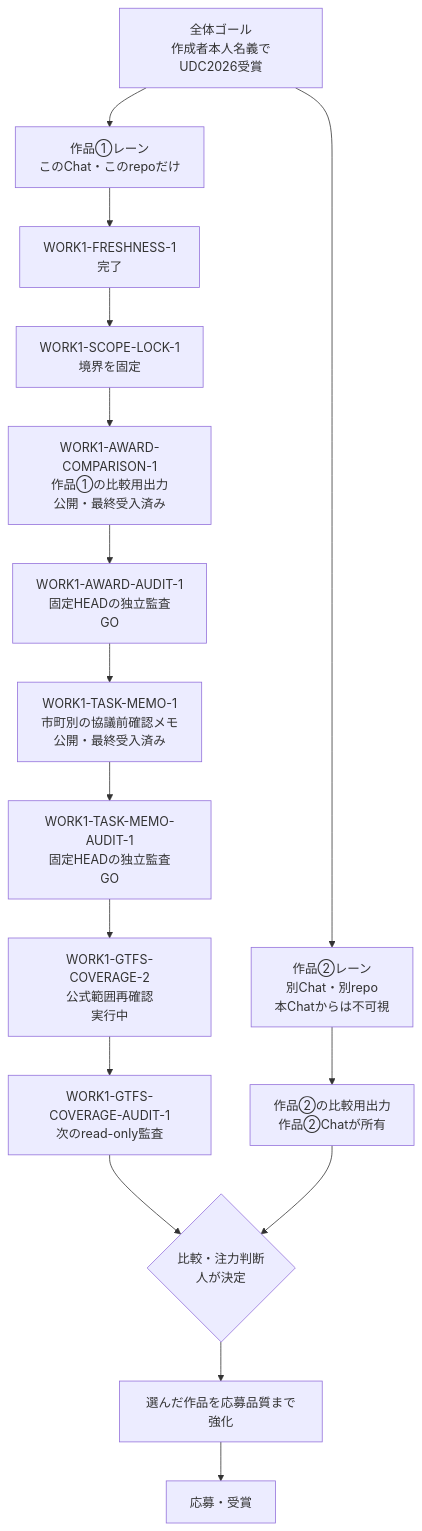
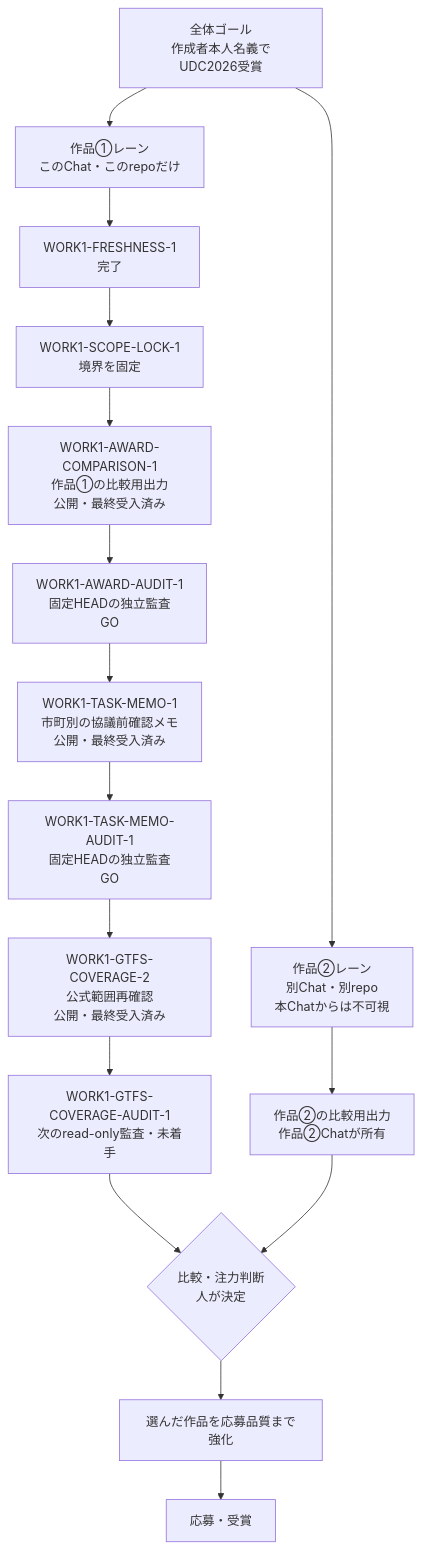
Before and after one commit to yyy-yuichi/yamaguchi-yusho-data: the diagram in WORK_SCOPE.md, drawn with Mermaid. The commit also changed 5 other files, not shown here.

Commit message:
Record GTFS coverage public acceptance

````diff
--- a/WORK_SCOPE.md
+++ b/WORK_SCOPE.md
@@ -20,24 +20,24 @@
 ```mermaid
 flowchart TD
     G["全体ゴール<br/>作成者本人名義でUDC2026受賞"]
     W1["作品①レーン<br/>このChat・このrepoだけ"]
     W2["作品②レーン<br/>別Chat・別repo<br/>本Chatからは不可視"]
     F["WORK1-FRESHNESS-1<br/>完了"]
     L["WORK1-SCOPE-LOCK-1<br/>境界を固定"]
     C1["WORK1-AWARD-COMPARISON-1<br/>作品①の比較用出力<br/>公開・最終受入済み"]
     A1["WORK1-AWARD-AUDIT-1<br/>固定HEADの独立監査<br/>GO"]
     M1["WORK1-TASK-MEMO-1<br/>市町別の協議前確認メモ<br/>公開・最終受入済み"]
     A2["WORK1-TASK-MEMO-AUDIT-1<br/>固定HEADの独立監査<br/>GO"]
-    V1["WORK1-GTFS-COVERAGE-2<br/>公式範囲再確認<br/>実行中"]
-    V2["WORK1-GTFS-COVERAGE-AUDIT-1<br/>次のread-only監査"]
+    V1["WORK1-GTFS-COVERAGE-2<br/>公式範囲再確認<br/>公開・最終受入済み"]
+    V2["WORK1-GTFS-COVERAGE-AUDIT-1<br/>次のread-only監査・未着手"]
     C2["作品②の比較用出力<br/>作品②Chatが所有"]
     D{"比較・注力判断<br/>人が決定"}
     S["選んだ作品を応募品質まで強化"]
     A["応募・受賞"]
 
     G --> W1
     G --> W2
     W1 --> F --> L --> C1 --> A1 --> M1 --> A2 --> V1 --> V2 --> D
     W2 --> C2 --> D
     D --> S --> A
 ```
````
